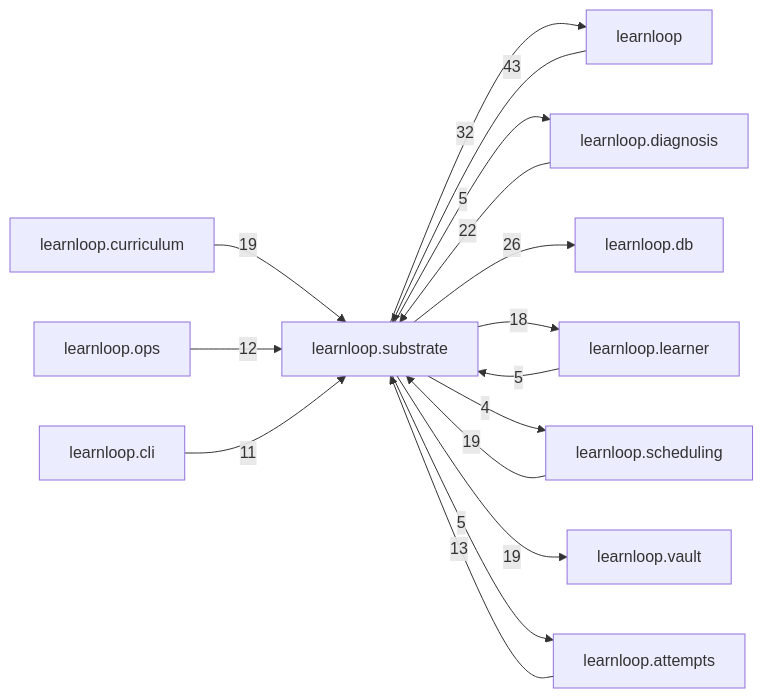
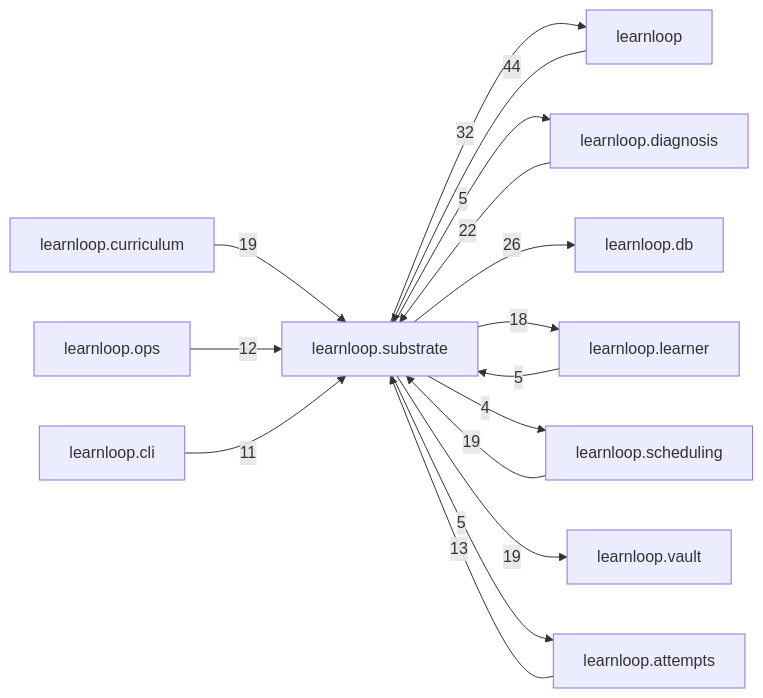
One commit to 6up-b/learnanything changed the diagram in docs/learnloop-architecture-vault/Reference/Modules/learnloop/substrate/_package.md. Above: the diagram before and after it, drawn with Mermaid. The commit also changed other lines of this file and 542 other files, not shown here.

````diff
--- a/docs/learnloop-architecture-vault/Reference/Modules/learnloop/substrate/_package.md
+++ b/docs/learnloop-architecture-vault/Reference/Modules/learnloop/substrate/_package.md
@@ -166,29 +166,29 @@
 ```mermaid
 flowchart LR
     center["learnloop.substrate"]
     n_learnloop["learnloop"]
     n_learnloop_diagnosis["learnloop.diagnosis"]
     n_learnloop_db["learnloop.db"]
     n_learnloop_learner["learnloop.learner"]
     n_learnloop_scheduling["learnloop.scheduling"]
     n_learnloop_curriculum["learnloop.curriculum"]
     n_learnloop_vault["learnloop.vault"]
     n_learnloop_attempts["learnloop.attempts"]
     n_learnloop_ops["learnloop.ops"]
     n_learnloop_cli["learnloop.cli"]
-    n_learnloop -->|43| center
+    n_learnloop -->|44| center
     center -->|32| n_learnloop
     n_learnloop_diagnosis -->|22| center
     center -->|5| n_learnloop_diagnosis
     center -->|26| n_learnloop_db
     n_learnloop_learner -->|5| center
     center -->|18| n_learnloop_learner
     n_learnloop_scheduling -->|19| center
     center -->|4| n_learnloop_scheduling
     n_learnloop_curriculum -->|19| center
     center -->|19| n_learnloop_vault
     n_learnloop_attempts -->|13| center
     center -->|5| n_learnloop_attempts
     n_learnloop_ops -->|12| center
     n_learnloop_cli -->|11| center
 ```
````
